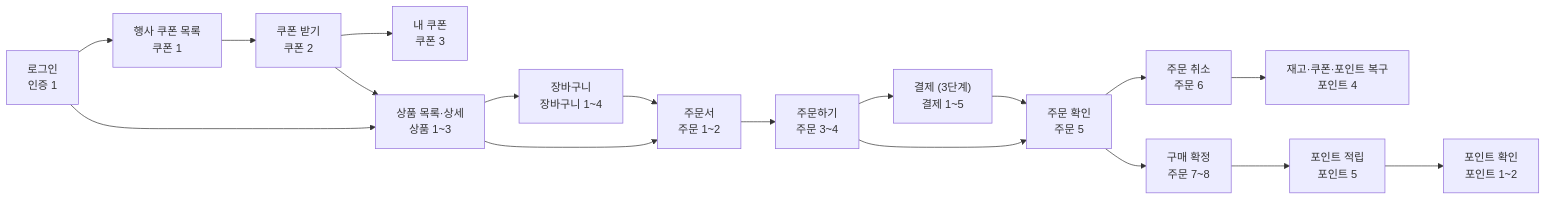
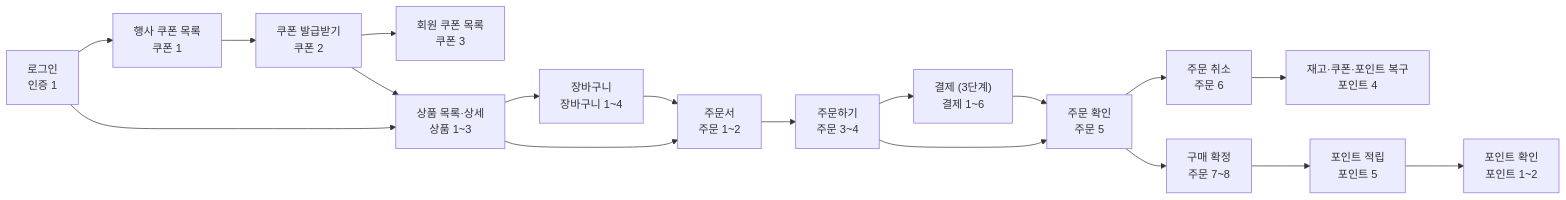
One commit to KAPUIST/flash-gate changed the first of 2 diagrams in docs/reference/user-flows.md. Above: the diagram before and after it, drawn with Mermaid. The commit also changed other lines of this file and 31 other files, not shown here.

First line of the commit message:
Write user flows, sequence flows, and APIs for every feature (#2)

````diff
--- a/docs/reference/user-flows.md
+++ b/docs/reference/user-flows.md
@@ -9,20 +9,20 @@
 ```mermaid
 flowchart LR
     login["로그인<br/>인증 1"] --> event["행사 쿠폰 목록<br/>쿠폰 1"]
-    event --> issue["쿠폰 받기<br/>쿠폰 2"]
-    issue --> myCoupons["내 쿠폰<br/>쿠폰 3"]
+    event --> issue["쿠폰 발급받기<br/>쿠폰 2"]
+    issue --> myCoupons["회원 쿠폰 목록<br/>쿠폰 3"]
     login --> browse["상품 목록·상세<br/>상품 1~3"]
     issue --> browse
     browse --> cart["장바구니<br/>장바구니 1~4"]
     browse --> sheet["주문서<br/>주문 1~2"]
     cart --> sheet
     sheet --> order["주문하기<br/>주문 3~4"]
-    order --> pay["결제 (3단계)<br/>결제 1~5"]
+    order --> pay["결제 (3단계)<br/>결제 1~6"]
     order --> detail["주문 확인<br/>주문 5"]
     pay --> detail
     detail --> cancel["주문 취소<br/>주문 6"]
     detail --> confirm["구매 확정<br/>주문 7~8"]
     confirm --> earn["포인트 적립<br/>포인트 5"]
     cancel --> restore["재고·쿠폰·포인트 복구<br/>포인트 4"]
     earn --> point["포인트 확인<br/>포인트 1~2"]
 ```
````
